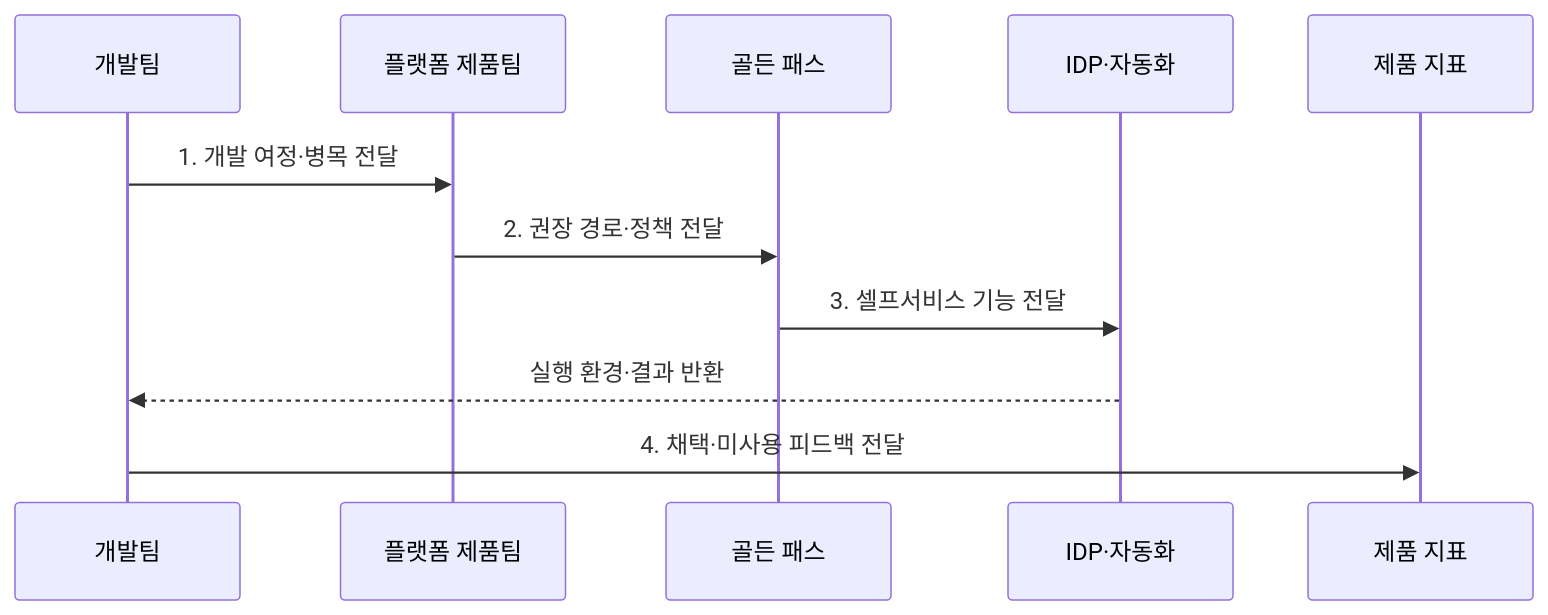
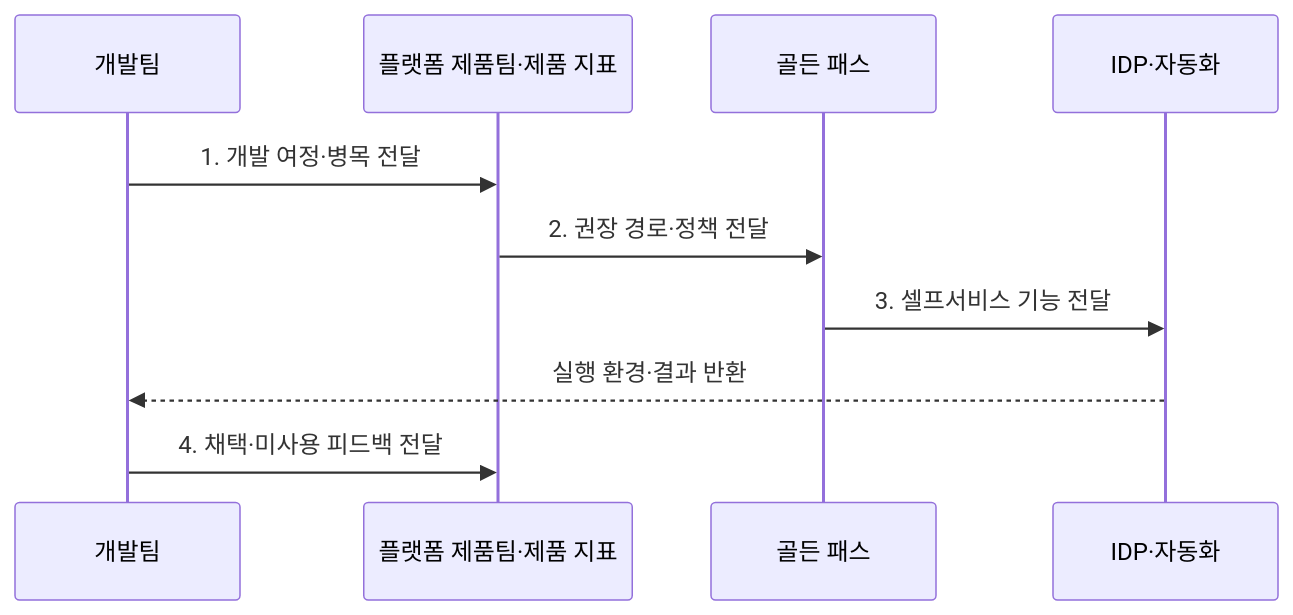
One commit to agnusdei1207/knowledge-base changed the second of 2 diagrams in src/content/docs/notes/08-latest-tech/175_platform_engineering.md. Above: the diagram before and after it, drawn with Mermaid. The commit also changed 3 other files, not shown here.

````diff
--- a/src/content/docs/notes/08-latest-tech/175_platform_engineering.md
+++ b/src/content/docs/notes/08-latest-tech/175_platform_engineering.md
@@ -99,13 +99,12 @@
 ```mermaid
 sequenceDiagram
     participant D as 개발팀
-    participant P as 플랫폼 제품팀
+    participant P as 플랫폼 제품팀·제품 지표
     participant G as 골든 패스
     participant I as IDP·자동화
-    participant M as 제품 지표
     D->>P: 1. 개발 여정·병목 전달
     P->>G: 2. 권장 경로·정책 전달
     G->>I: 3. 셀프서비스 기능 전달
     I-->>D: 실행 환경·결과 반환
-    D->>M: 4. 채택·미사용 피드백 전달
+    D->>P: 4. 채택·미사용 피드백 전달
 ```
````
